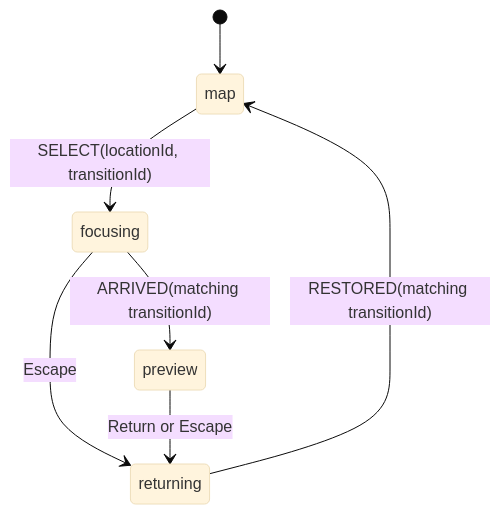
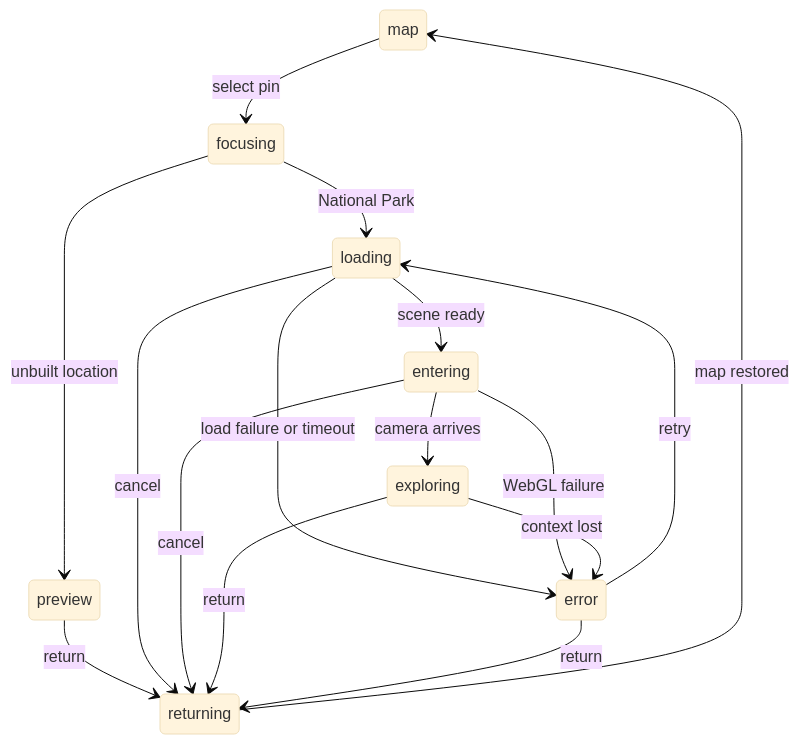
One commit to jacobparkk/PokeEarth changed the diagram in ARCHITECTURE.md. Above: the diagram before and after it, drawn with Mermaid (base theme). The commit also changed other lines of this file and 25 other files, not shown here.

Commit message:
Build National Park first-person exploration with procedural scenery and audio

````diff
--- a/ARCHITECTURE.md
+++ b/ARCHITECTURE.md
@@ -31,9 +48,18 @@
 ```mermaid
 stateDiagram-v2
-  [*] --> map
-  map --> focusing: SELECT(locationId, transitionId)
-  focusing --> preview: ARRIVED(matching transitionId)
-  focusing --> returning: Escape
-  preview --> returning: Return or Escape
-  returning --> map: RESTORED(matching transitionId)
+  map --> focusing: select pin
+  focusing --> preview: unbuilt location
+  focusing --> loading: National Park
+  loading --> entering: scene ready
+  entering --> exploring: camera arrives
+  loading --> error: load failure or timeout
+  entering --> error: WebGL failure
+  exploring --> error: context lost
+  error --> loading: retry
+  preview --> returning: return
+  loading --> returning: cancel
+  entering --> returning: cancel
+  exploring --> returning: return
+  error --> returning: return
+  returning --> map: map restored
 ```
````
